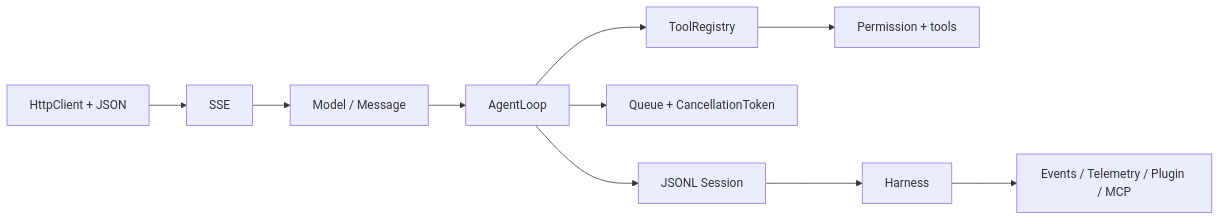
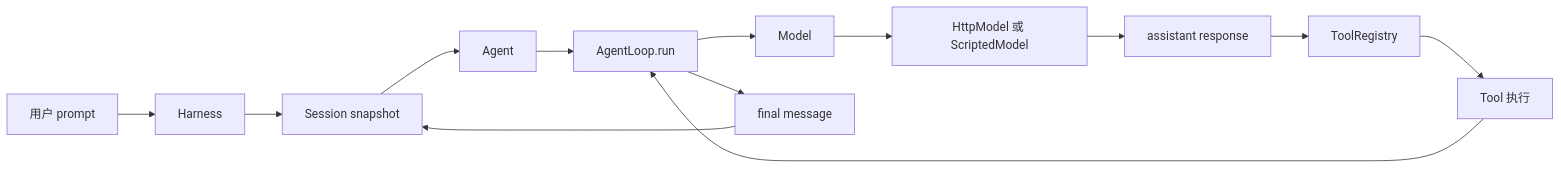
The diagram in ai-agent-learning/18-java-agent/overview.mdx (coolerks/pi-lean), drawn with Mermaid before and after one commit. The commit also changed other lines of this file and 135 other files, not shown here.

````diff
--- a/ai-agent-learning/18-java-agent/overview.mdx
+++ b/ai-agent-learning/18-java-agent/overview.mdx
@@ -10,12 +32,15 @@
 ```mermaid
 flowchart LR
-    H[HttpClient + JSON] --> S[SSE]
-    S --> M[Model / Message]
-    M --> L[AgentLoop]
-    L --> R[ToolRegistry]
-    R --> P[Permission + tools]
-    L --> Q[Queue + CancellationToken]
-    L --> SS[JSONL Session]
-    SS --> X[Harness]
-    X --> E[Events / Telemetry / Plugin / MCP]
+    U[用户 prompt] --> H[Harness]
+    H --> S[Session snapshot]
+    S --> A[Agent]
+    A --> L[AgentLoop.run]
+    L --> M[Model]
+    M --> P[HttpModel 或 ScriptedModel]
+    P --> R[assistant response]
+    R --> T[ToolRegistry]
+    T --> X[Tool 执行]
+    X --> L
+    L --> F[final message]
+    F --> S
 ```
````
